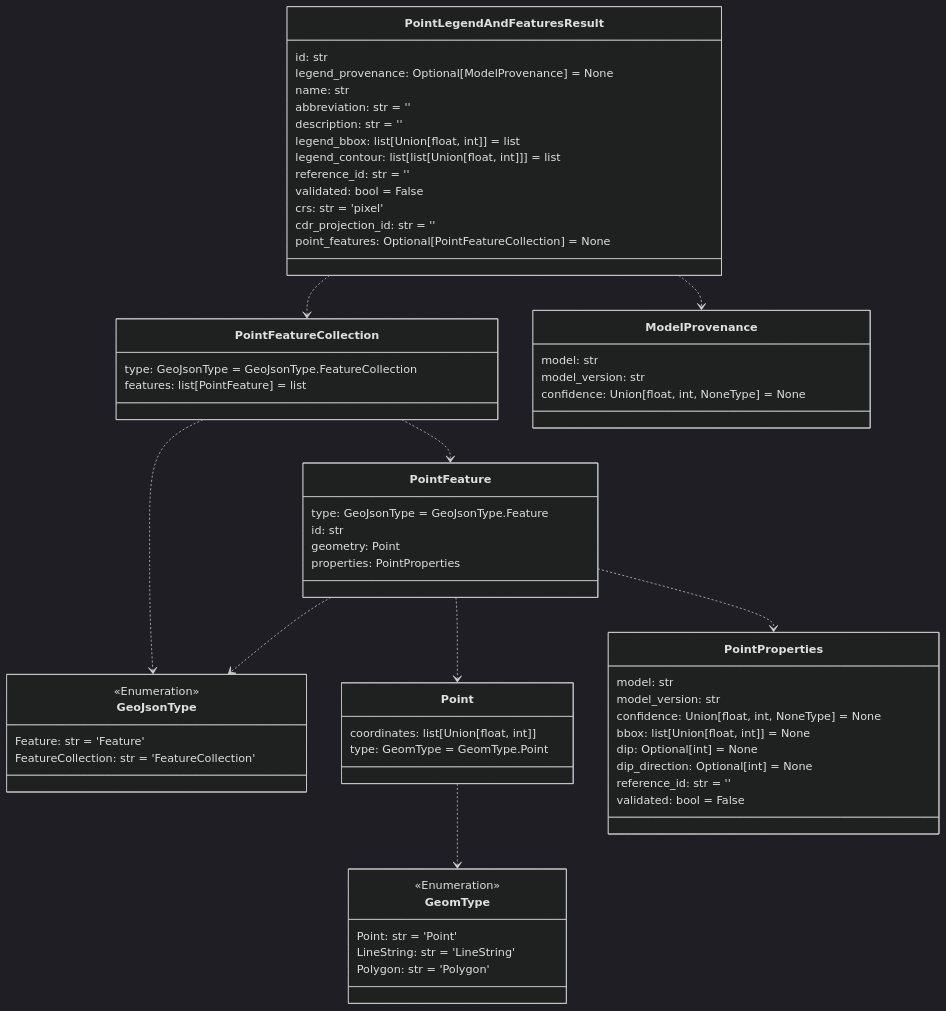
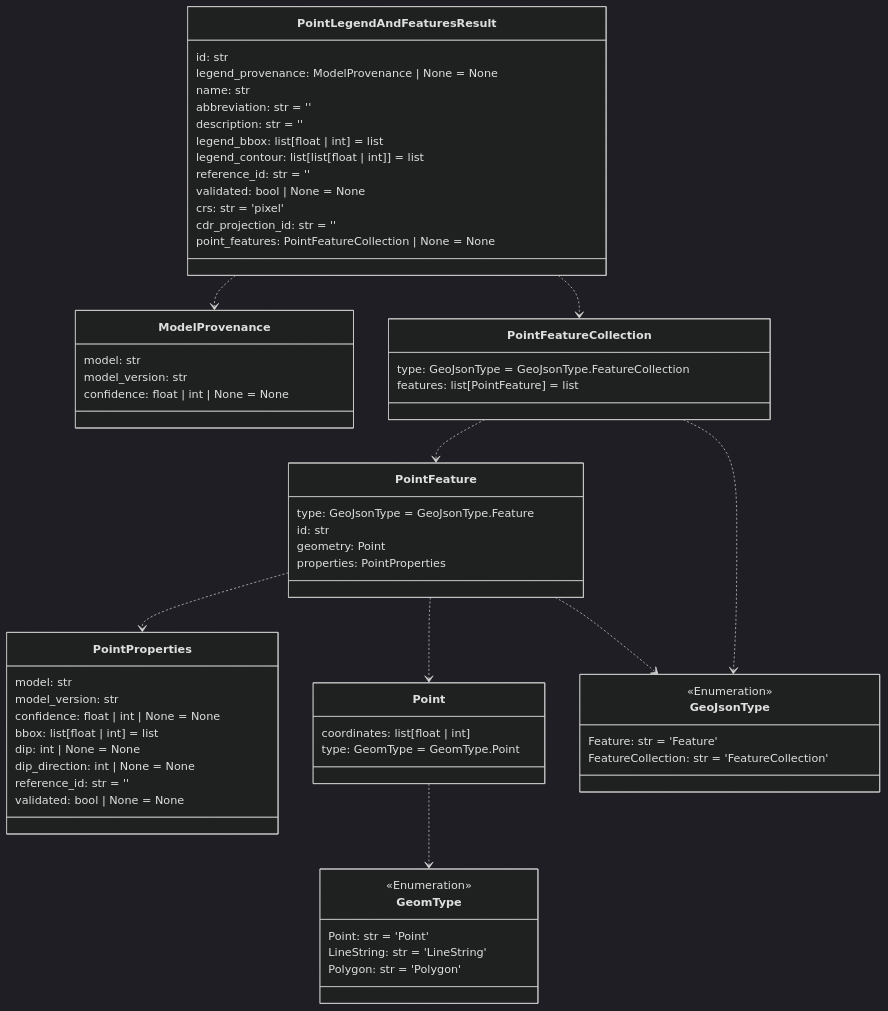
One commit to DARPA-CRITICALMAAS/cdr_schemas changed the fifth of 14 diagrams in README.md. Above: the diagram before and after it, drawn with Mermaid (dark theme). The commit also changed other lines of this file and 4 other files, not shown here.

````diff
--- a/README.md
+++ b/README.md
@@ -368,76 +368,76 @@
 ```mermaid
 classDiagram
-
-    class PointFeatureCollection {
-        type: GeoJsonType = GeoJsonType.FeatureCollection
-        features: list[PointFeature] = list
-    }
-
-    class GeoJsonType {
-        <<Enumeration>>
-        Feature: str = 'Feature'
-        FeatureCollection: str = 'FeatureCollection'
-    }
-
-    class Point {
-        coordinates: list[Union[float, int]]
-        type: GeomType = GeomType.Point
-    }
 
     class GeomType {
         <<Enumeration>>
         Point: str = 'Point'
         LineString: str = 'LineString'
         Polygon: str = 'Polygon'
     }
 
+    class PointProperties {
+        model: str
+        model_version: str
+        confidence: float | int | None = None
+        bbox: list[float | int] = list
+        dip: int | None = None
+        dip_direction: int | None = None
+        reference_id: str = ''
+        validated: bool | None = None
+    }
+
+    class Point {
+        coordinates: list[float | int]
+        type: GeomType = GeomType.Point
+    }
+
     class ModelProvenance {
         model: str
         model_version: str
-        confidence: Union[float, int, NoneType] = None
+        confidence: float | int | None = None
+    }
+
+    class PointLegendAndFeaturesResult {
+        id: str
+        legend_provenance: ModelProvenance | None = None
+        name: str
+        abbreviation: str = ''
+        description: str = ''
+        legend_bbox: list[float | int] = list
+        legend_contour: list[list[float | int]] = list
+        reference_id: str = ''
+        validated: bool | None = None
+        crs: str = 'pixel'
+        cdr_projection_id: str = ''
+        point_features: PointFeatureCollection | None = None
     }
 
     class PointFeature {
         type: GeoJsonType = GeoJsonType.Feature
         id: str
         geometry: Point
         properties: PointProperties
     }
 
-    class PointLegendAndFeaturesResult {
-        id: str
-        legend_provenance: Optional[ModelProvenance] = None
-        name: str
-        abbreviation: str = ''
-        description: str = ''
-        legend_bbox: list[Union[float, int]] = list
-        legend_contour: list[list[Union[float, int]]] = list
-        reference_id: str = ''
-        validated: bool = False
-        crs: str = 'pixel'
-        cdr_projection_id: str = ''
-        point_features: Optional[PointFeatureCollection] = None
+    class GeoJsonType {
+        <<Enumeration>>
+        Feature: str = 'Feature'
+        FeatureCollection: str = 'FeatureCollection'
     }
 
-    class PointProperties {
-        model: str
-        model_version: str
-        confidence: Union[float, int, NoneType] = None
-        bbox: list[Union[float, int]] = None
-        dip: Optional[int] = None
-        dip_direction: Optional[int] = None
-        reference_id: str = ''
-        validated: bool = False
+    class PointFeatureCollection {
+        type: GeoJsonType = GeoJsonType.FeatureCollection
+        features: list[PointFeature] = list
     }
 
     Point ..> GeomType
     PointFeature ..> Point
     PointFeature ..> GeoJsonType
     PointFeature ..> PointProperties
     PointFeatureCollection ..> PointFeature
     PointFeatureCollection ..> GeoJsonType
+    PointLegendAndFeaturesResult ..> PointFeatureCollection
     PointLegendAndFeaturesResult ..> ModelProvenance
-    PointLegendAndFeaturesResult ..> PointFeatureCollection
 
 
 ```
````
